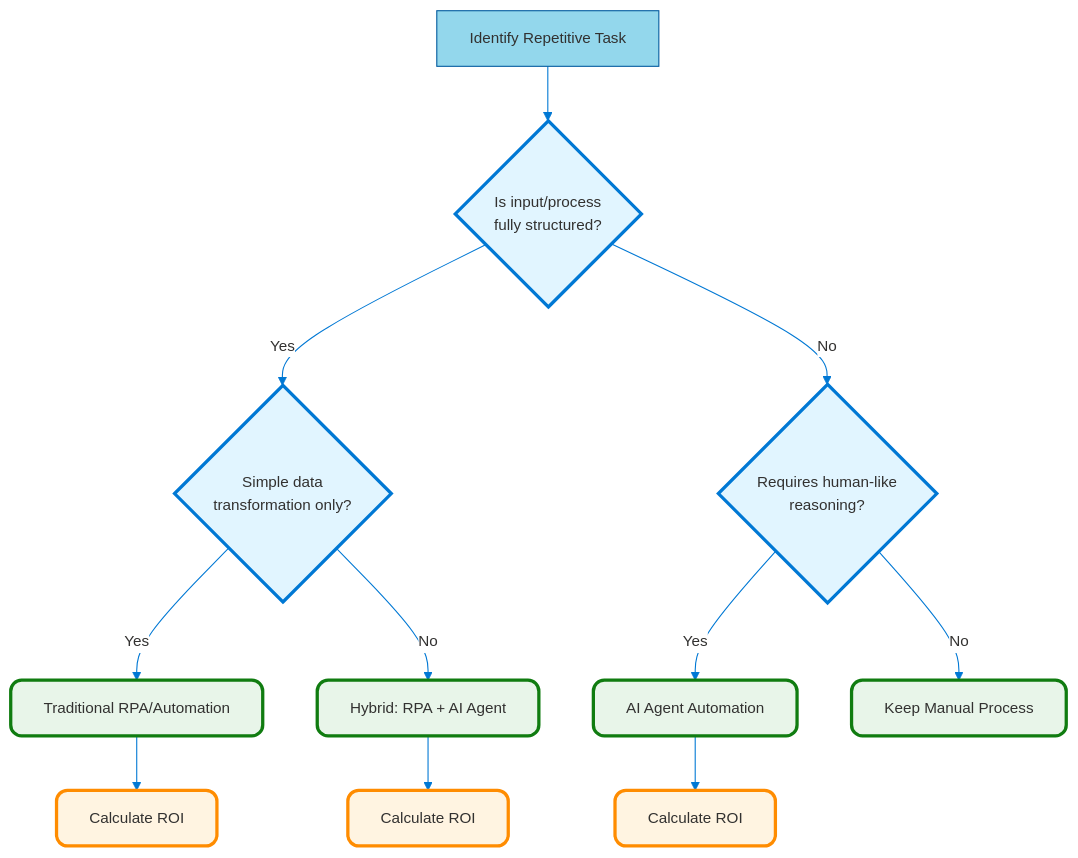
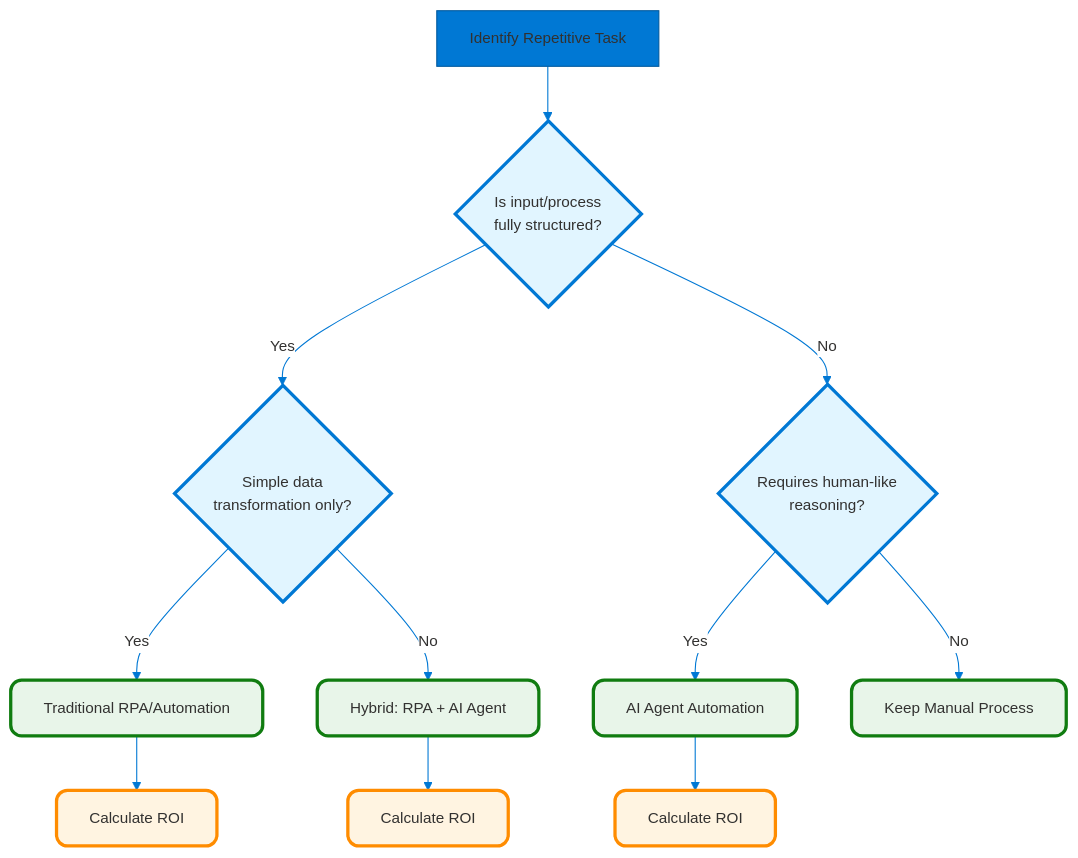
One commit to ajeetchouksey/ajch_prep_ab_100 changed the second of 8 diagrams in 01_Plan_AI_Powered_Business_Solutions/01a-03-use-cases-assessment.md. Above: the diagram before and after it, drawn with Mermaid. The commit also changed other lines of this file and 8 other files, not shown here.

````diff
--- a/01_Plan_AI_Powered_Business_Solutions/01a-03-use-cases-assessment.md
+++ b/01_Plan_AI_Powered_Business_Solutions/01a-03-use-cases-assessment.md
@@ -167,22 +167,22 @@
 ```mermaid
-%%{init: {'theme':'base', 'themeVariables': { 'primaryColor':'#93d7ecff','primaryTextColor':'#323130','primaryBorderColor':'#005a9e','lineColor':'#0078d4','secondaryColor':'#00bcf2','tertiaryColor':'#50e6ff','fontSize':'14px','fontFamily':'Segoe UI, sans-serif','clusterBkg':'#f3f2f1','clusterBorder':'#0078d4','edgeLabelBackground':'#ffffff'}}}%%
+%%{init: {'theme':'base', 'themeVariables': { 'primaryColor':'#0078d4','primaryTextColor':'#323130','primaryBorderColor':'#005a9e','lineColor':'#0078d4','secondaryColor':'#00bcf2','tertiaryColor':'#50e6ff','fontSize':'14px','fontFamily':'Segoe UI, sans-serif','clusterBkg':'#f3f2f1','clusterBorder':'#0078d4','edgeLabelBackground':'#ffffff'}}}%%
 flowchart TD
     Start[Identify Repetitive Task] --> Structured{Is input/process<br/>fully structured?}
     Structured -->|Yes| Simple{Simple data<br/>transformation only?}
     Structured -->|No| Intelligence{Requires human-like<br/>reasoning?}
     Simple -->|Yes| RPA[Traditional RPA/Automation]
     Simple -->|No| Hybrid[Hybrid: RPA + AI Agent]
     Intelligence -->|Yes| Agent[AI Agent Automation]
     Intelligence -->|No| Manual[Keep Manual Process]
     RPA --> ROI1[Calculate ROI]
     Hybrid --> ROI2[Calculate ROI]
     Agent --> ROI3[Calculate ROI]
 
     classDef decision fill:#e1f5ff,stroke:#0078d4,stroke-width:3px,rx:10,ry:10
     classDef solution fill:#e8f5e9,stroke:#107c10,stroke-width:3px,rx:10,ry:10
     classDef roi fill:#fff4e1,stroke:#ff8c00,stroke-width:3px,rx:10,ry:10
 
     class Structured,Simple,Intelligence decision
     class RPA,Hybrid,Agent,Manual solution
     class ROI1,ROI2,ROI3 roi
 ```
````
